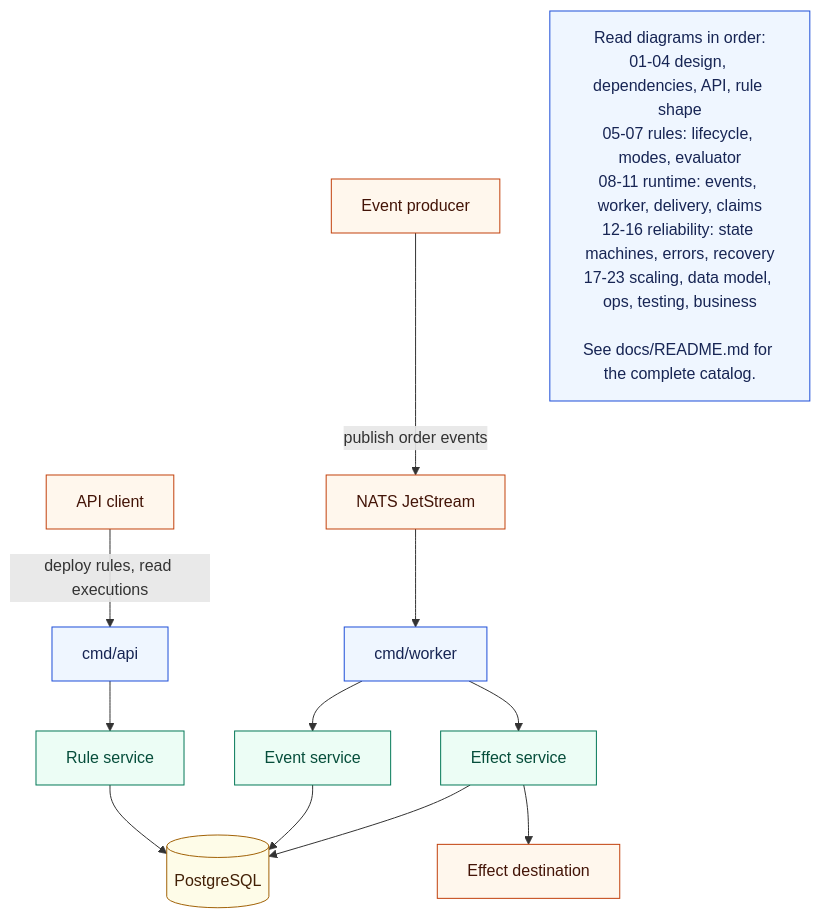
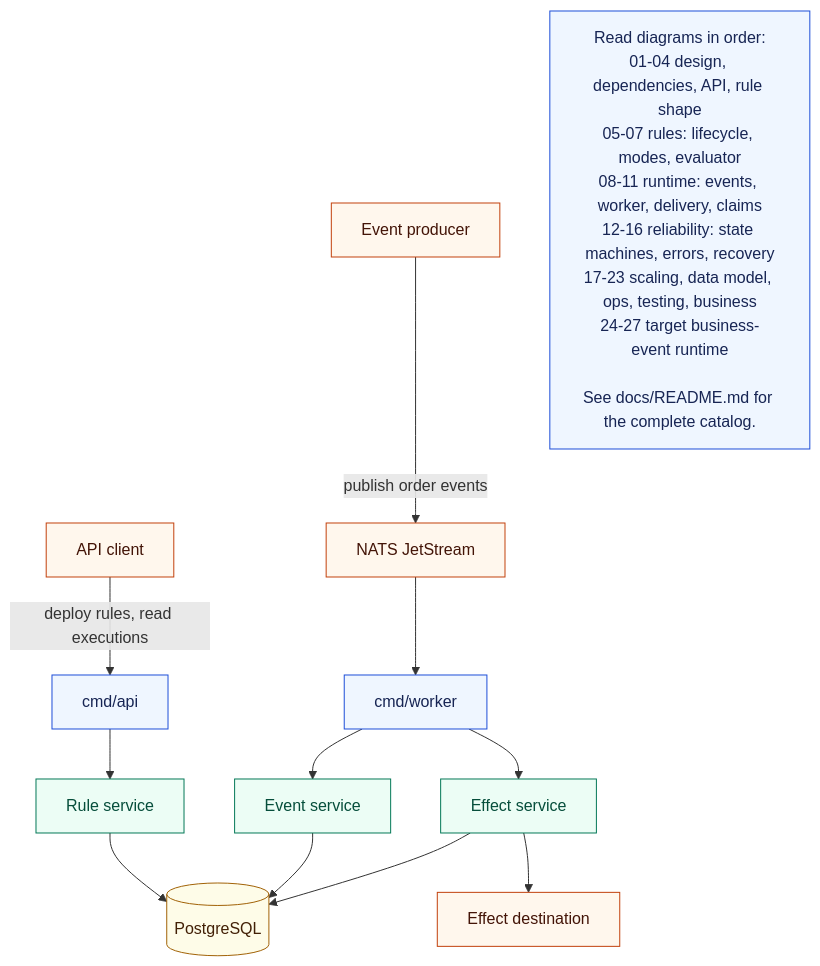
Before and after one commit to premchandkpc/kafka-simulate-rule: the diagram in docs/flow.mmd, drawn with Mermaid. The commit also changed 13 other files, not shown here.

```diff
--- a/docs/flow.mmd
+++ b/docs/flow.mmd
@@ -1,25 +1,25 @@
 flowchart TB
     %% Start here: a small map of the focused diagrams in this directory.
     classDef entry fill:#eff6ff,stroke:#1d4ed8,color:#172554
     classDef service fill:#ecfdf5,stroke:#047857,color:#064e3b
     classDef store fill:#fefce8,stroke:#a16207,color:#422006
     classDef external fill:#fff7ed,stroke:#c2410c,color:#431407
 
     Client[API client]:::external
     Producer[Event producer]:::external
     Target[Effect destination]:::external
     API[cmd/api]:::entry
     Worker[cmd/worker]:::entry
     Rules[Rule service]:::service
     Events[Event service]:::service
     Effects[Effect service]:::service
     DB[(PostgreSQL)]:::store
     NATS[NATS JetStream]:::external
 
     Client -->|deploy rules, read executions| API --> Rules --> DB
     Producer -->|publish order events| NATS --> Worker --> Events
     Events --> DB
     Worker --> Effects --> DB
     Effects --> Target
 
-    Note["Read diagrams in order:<br/>01-04 design, dependencies, API, rule shape<br/>05-07 rules: lifecycle, modes, evaluator<br/>08-11 runtime: events, worker, delivery, claims<br/>12-16 reliability: state machines, errors, recovery<br/>17-23 scaling, data model, ops, testing, business<br/><br/>See docs/README.md for the complete catalog."]:::entry
+    Note["Read diagrams in order:<br/>01-04 design, dependencies, API, rule shape<br/>05-07 rules: lifecycle, modes, evaluator<br/>08-11 runtime: events, worker, delivery, claims<br/>12-16 reliability: state machines, errors, recovery<br/>17-23 scaling, data model, ops, testing, business<br/>24-27 target business-event runtime<br/><br/>See docs/README.md for the complete catalog."]:::entry
```
